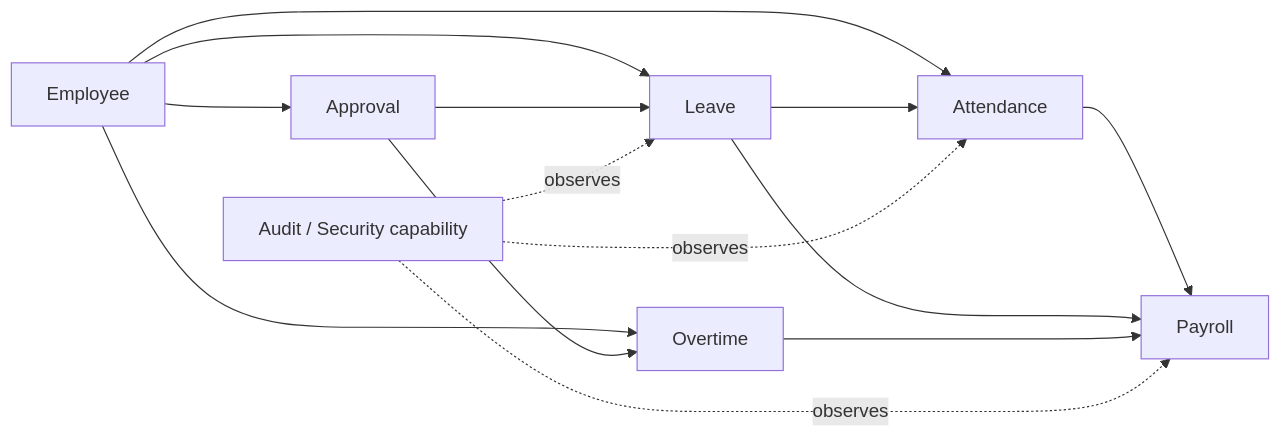
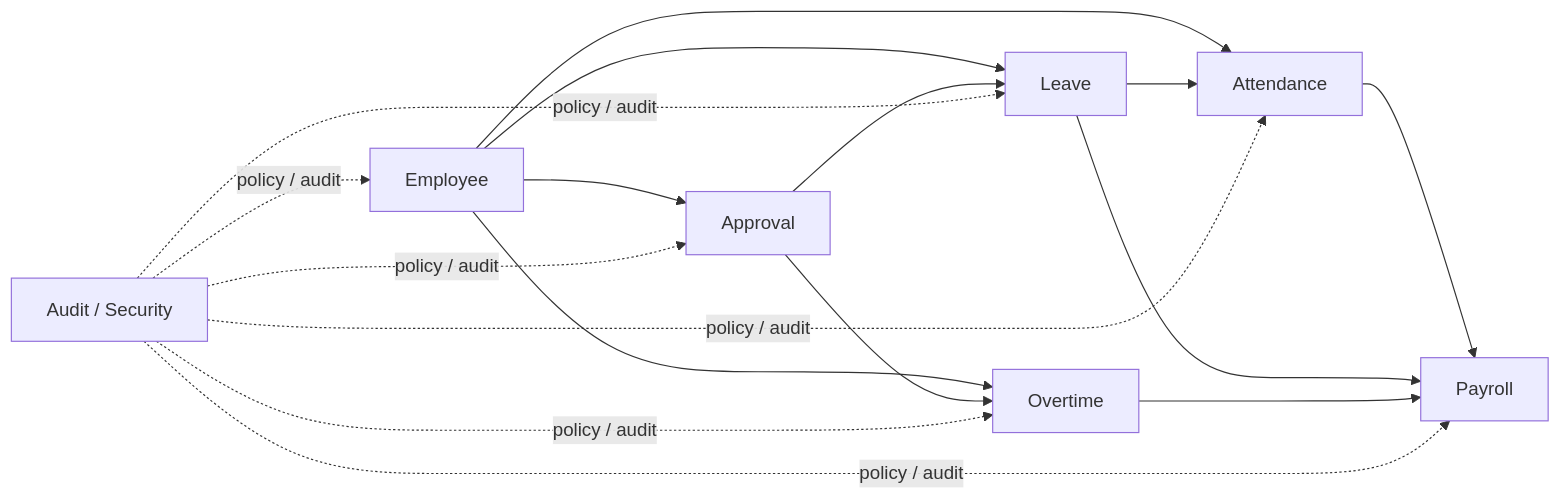
One commit to 369sup/worksync-hr changed the diagram in docs/01-architecture/bounded-contexts.md. Above: the diagram before and after it, drawn with Mermaid. The commit also changed other lines of this file and 39 other files, not shown here.

Commit message:
docs: strengthen architecture and process docs

````diff
--- a/docs/01-architecture/bounded-contexts.md
+++ b/docs/01-architecture/bounded-contexts.md
@@ -7,16 +7,27 @@
 ```mermaid
 flowchart LR
-  EMP[Employee] --> LEAVE[Leave]
-  EMP --> ATT[Attendance]
-  EMP --> OT[Overtime]
-  EMP --> APPROVAL[Approval]
-  APPROVAL --> LEAVE
-  APPROVAL --> OT
+  EMP[Employee]
+  ATT[Attendance]
+  LEAVE[Leave]
+  OT[Overtime]
+  APR[Approval]
+  PAY[Payroll]
+  AUDIT[Audit / Security]
+
+  EMP --> ATT
+  EMP --> LEAVE
+  EMP --> OT
+  EMP --> APR
+  APR --> LEAVE
+  APR --> OT
   LEAVE --> ATT
-  ATT --> PAY[Payroll]
+  ATT --> PAY
   LEAVE --> PAY
   OT --> PAY
-  AUDIT[Audit / Security capability] -. observes .-> LEAVE
-  AUDIT -. observes .-> ATT
-  AUDIT -. observes .-> PAY
+  AUDIT -. policy / audit .-> EMP
+  AUDIT -. policy / audit .-> ATT
+  AUDIT -. policy / audit .-> LEAVE
+  AUDIT -. policy / audit .-> OT
+  AUDIT -. policy / audit .-> APR
+  AUDIT -. policy / audit .-> PAY
 ```
````
